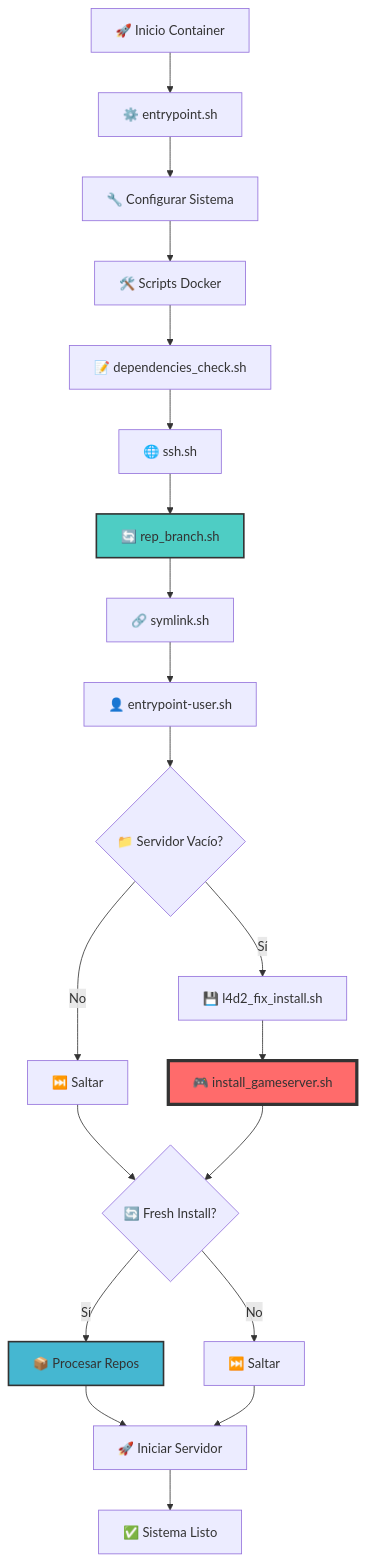
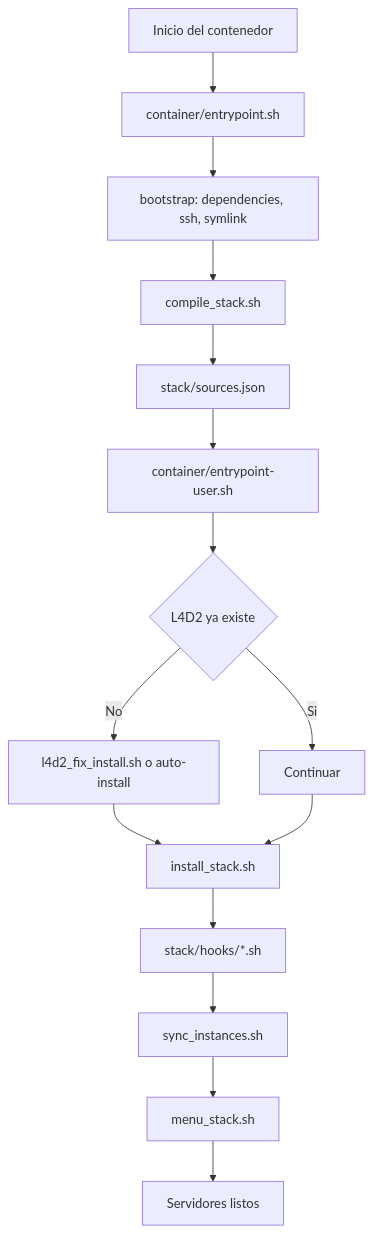
Before and after one commit to AoC-Gamers/Docker-L4D2-Competitive: the first of 3 diagrams in docs/flowcharts.md, drawn with Mermaid. The commit also changed other lines of this file and 46 other files, not shown here.

````diff
--- a/docs/flowcharts.md
+++ b/docs/flowcharts.md
@@ -5,33 +5,17 @@
 ```mermaid
 graph TD
-    A[🚀 Inicio Container] --> B[⚙️ entrypoint.sh]
-    B --> C[🔧 Configurar Sistema]
-    C --> D[🛠️ Scripts Docker]
-    
-    D --> E[📝 dependencies_check.sh]
-    E --> F[🌐 ssh.sh]
-    F --> G[🔄 rep_branch.sh]
-    G --> H[🔗 symlink.sh]
-    
-    H --> I[👤 entrypoint-user.sh]
-    I --> J{📁 Servidor Vacío?}
-    
-    J -->|Sí| K[💾 l4d2_fix_install.sh]
-    J -->|No| L[⏭️ Saltar]
-    
-    K --> M[🎮 install_gameserver.sh]
-    L --> N{🔄 Fresh Install?}
-    
-    M --> N
-    N -->|Sí| O[📦 Procesar Repos]
-    N -->|No| P[⏭️ Saltar]
-    
-    O --> Q[🚀 Iniciar Servidor]
-    P --> Q
-    
-    Q --> R[✅ Sistema Listo]
-    
-    style M fill:#ff6b6b,stroke:#333,stroke-width:4px
-    style G fill:#4ecdc4,stroke:#333,stroke-width:2px
-    style O fill:#45b7d1,stroke:#333,stroke-width:2px
+    A[Inicio del contenedor] --> B[container/entrypoint.sh]
+    B --> C[bootstrap: dependencies, ssh, symlink]
+    C --> D[compile_stack.sh]
+    D --> E[stack/sources.json]
+    E --> F[container/entrypoint-user.sh]
+    F --> G{L4D2 ya existe}
+    G -->|No| H[l4d2_fix_install.sh o auto-install]
+    G -->|Si| I[Continuar]
+    H --> J[install_stack.sh]
+    I --> J
+    J --> K[stack/hooks/*.sh]
+    K --> L[sync_instances.sh]
+    L --> M[menu_stack.sh]
+    M --> N[Servidores listos]
 ```
````
